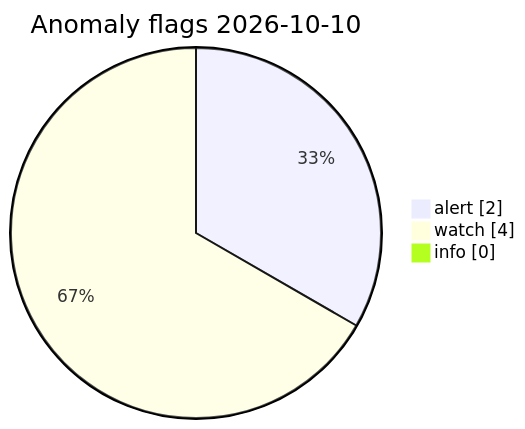
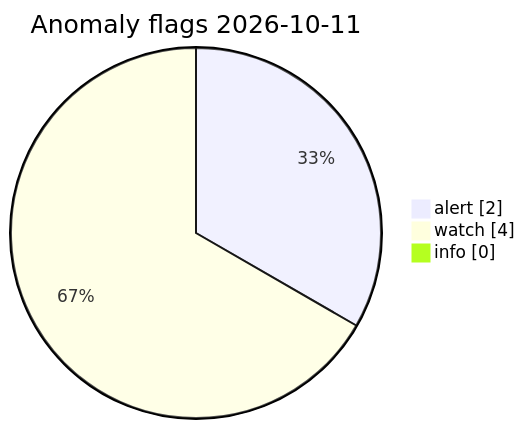
The diagram in visuals/latest/CHARTS.md (Midwest-Stratospheric/Unified-Open-Global-Weather), drawn with Mermaid before and after one commit. The commit also changed other lines of this file and 23 other files, not shown here.

Commit message:
data(visuals): automated charts 2026-10-11T11:06Z

````diff
--- a/visuals/latest/CHARTS.md
+++ b/visuals/latest/CHARTS.md
@@ -73,7 +73,7 @@
 ```mermaid
 pie showData
-  title Anomaly flags 2026-10-10
+  title Anomaly flags 2026-10-11
   "alert" : 2
   "watch" : 4
   "info" : 0
 ```
````
